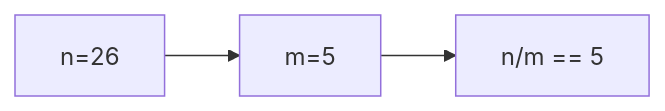
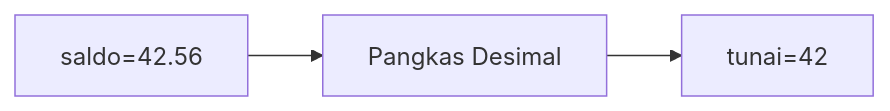
One commit to amnahwaida/OSNK_INF_PREP changed diagram 15 of 25 in part-c-pemahaman-cpp/01-tipe-data/latihan/set-11.md. Above: the diagram before and after it, drawn with Mermaid. The commit also changed other lines of this file and 71 other files, not shown here.

````diff
--- a/part-c-pemahaman-cpp/01-tipe-data/latihan/set-11.md
+++ b/part-c-pemahaman-cpp/01-tipe-data/latihan/set-11.md
@@ -404,5 +421,5 @@
 ```mermaid
 graph LR
-A["n=26"] --> B["m=5"]
-B --> C["n/m == 5"]
+A["saldo=42.56"] --> B["Pangkas Desimal"]
+B --> C["tunai=42"]
 ```
````
